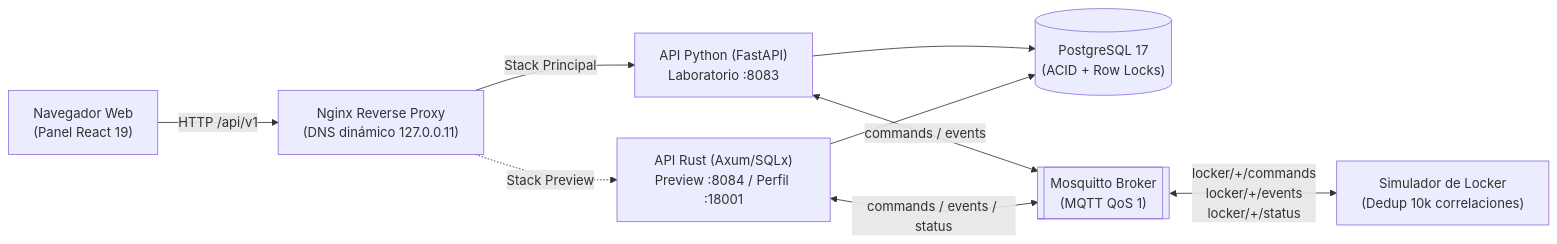
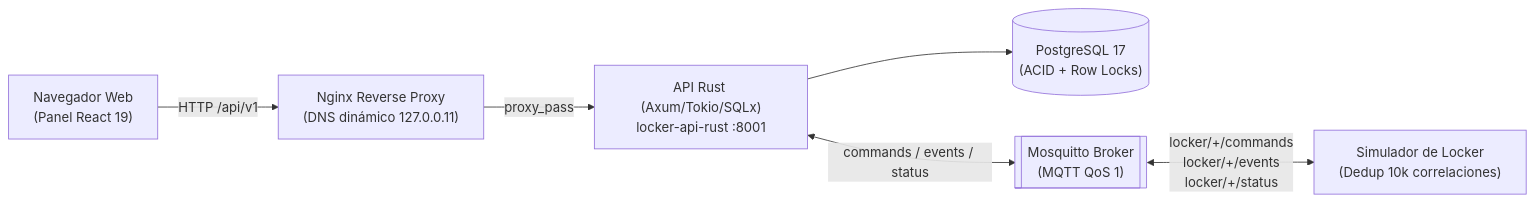
The first of 2 diagrams in README.md (mateoschreiber/locker), drawn with Mermaid before and after one commit. The commit also changed other lines of this file and 55 other files, not shown here.

Commit message:
feat(rust): cierre de migracion f4.3/f4.4, cutover a api-rust, sqlx migrate/seed y retirada de python

````diff
--- a/README.md
+++ b/README.md
@@ -35,19 +34,15 @@
 ```mermaid
 flowchart LR
     Browser["Navegador Web<br/>(Panel React 19)"]
     Nginx["Nginx Reverse Proxy<br/>(DNS dinámico 127.0.0.11)"]
-    ApiPy["API Python (FastAPI)<br/>Laboratorio :8083"]
-    ApiRs["API Rust (Axum/SQLx)<br/>Preview :8084 / Perfil :18001"]
+    ApiRs["API Rust (Axum/Tokio/SQLx)<br/>locker-api-rust :8001"]
     PG[("PostgreSQL 17<br/>(ACID + Row Locks)")]
     MQTT[["Mosquitto Broker<br/>(MQTT QoS 1)"]]
     Sim["Simulador de Locker<br/>(Dedup 10k correlaciones)"]
 
     Browser -->|HTTP /api/v1| Nginx
-    Nginx -->|Stack Principal| ApiPy
-    Nginx -.->|Stack Preview| ApiRs
-    ApiPy --> PG
+    Nginx -->|proxy_pass| ApiRs
     ApiRs --> PG
-    ApiPy <-->|commands / events| MQTT
     ApiRs <-->|commands / events / status| MQTT
     MQTT <-->|locker/+/commands<br/>locker/+/events<br/>locker/+/status| Sim
 ```
````
